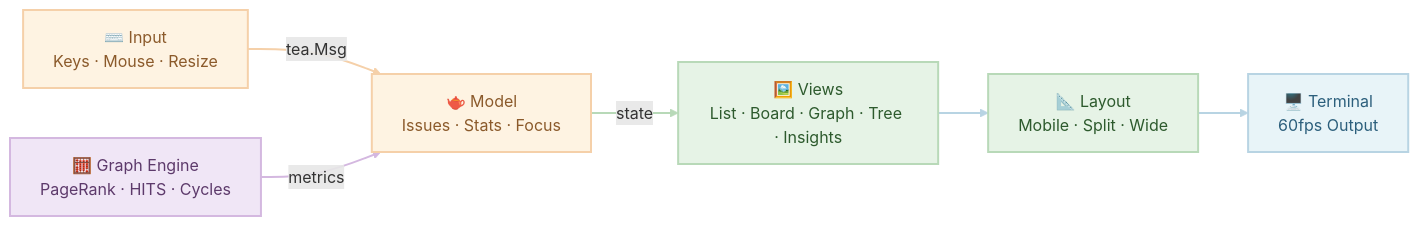
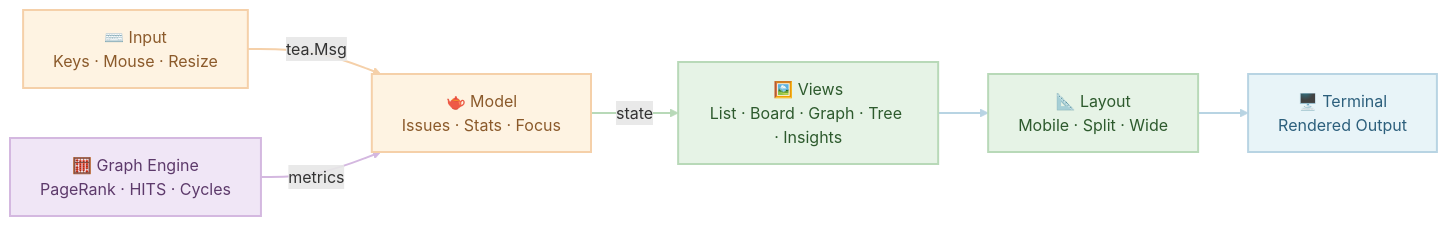
One commit to Dicklesworthstone/beads_viewer changed the third of 9 diagrams in README.md. Above: the diagram before and after it, drawn with Mermaid. The commit also changed other lines of this file and 7 other files, not shown here.

````diff
--- a/README.md
+++ b/README.md
@@ -593,25 +593,25 @@
 ```mermaid
 flowchart LR
     classDef core fill:#fef3e2,stroke:#f5d0a9,stroke-width:2px,color:#8b5a2b
     classDef engine fill:#f0e6f6,stroke:#d4b8e0,stroke-width:2px,color:#5d3a6b
     classDef ui fill:#e6f3e6,stroke:#b8d9b8,stroke-width:2px,color:#2d5a2d
     classDef output fill:#e8f4f8,stroke:#b8d4e3,stroke-width:2px,color:#2c5f7c
 
     INPUT["⌨️ Input<br/>Keys · Mouse · Resize"]:::core
     MODEL["🫖 Model<br/>Issues · Stats · Focus"]:::core
     GRAPH["🧮 Graph Engine<br/>PageRank · HITS · Cycles"]:::engine
     VIEWS["🖼️ Views<br/>List · Board · Graph · Tree · Insights"]:::ui
     LAYOUT["📐 Layout<br/>Mobile · Split · Wide"]:::ui
-    TERM["🖥️ Terminal<br/>60fps Output"]:::output
+    TERM["🖥️ Terminal<br/>Rendered Output"]:::output
 
     INPUT -->|tea.Msg| MODEL
     GRAPH -->|metrics| MODEL
     MODEL -->|state| VIEWS
     VIEWS --> LAYOUT
     LAYOUT --> TERM
 
     linkStyle 0 stroke:#f5d0a9,stroke-width:2px
     linkStyle 1 stroke:#d4b8e0,stroke-width:2px
     linkStyle 2 stroke:#b8d9b8,stroke-width:2px
     linkStyle 3,4 stroke:#b8d4e3,stroke-width:2px
 ```
````
